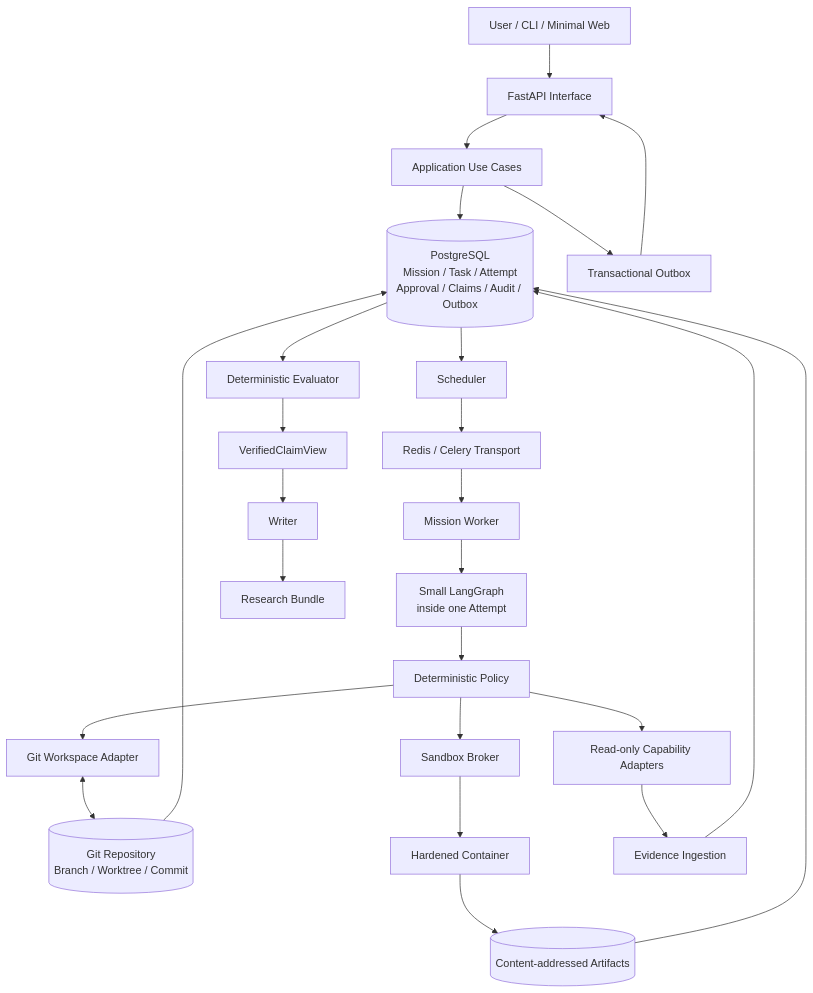
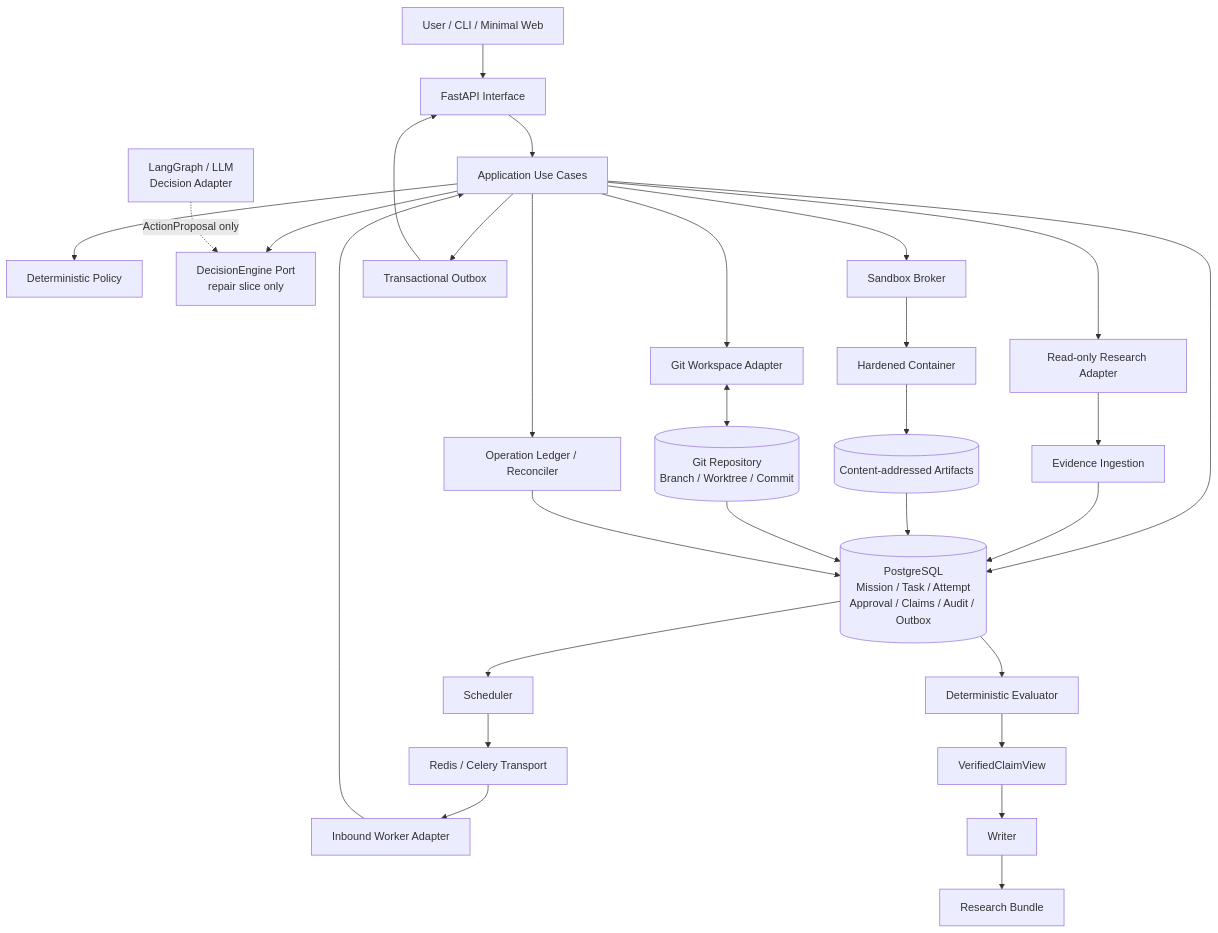
One commit to chasen2041maker/research-forge changed the diagram in docs/architecture/AGENT_CAPABILITY_PLATFORM_BLUEPRINT.md. Above: the diagram before and after it, drawn with Mermaid. The commit also changed other lines of this file and 13 other files, not shown here.

````diff
--- a/docs/architecture/AGENT_CAPABILITY_PLATFORM_BLUEPRINT.md
+++ b/docs/architecture/AGENT_CAPABILITY_PLATFORM_BLUEPRINT.md
@@ -208,35 +210,39 @@
 ```mermaid
 flowchart TB
     User["User / CLI / Minimal Web"] --> API["FastAPI Interface"]
 
     API --> App["Application Use Cases"]
     App --> DB[("PostgreSQL\nMission / Task / Attempt\nApproval / Claims / Audit / Outbox")]
 
     DB --> Scheduler["Scheduler"]
     Scheduler --> Queue["Redis / Celery Transport"]
-    Queue --> Worker["Mission Worker"]
+    Queue --> Worker["Inbound Worker Adapter"]
+    Worker --> App
 
-    Worker --> AttemptGraph["Small LangGraph\ninside one Attempt"]
-    AttemptGraph --> Policy["Deterministic Policy"]
+    App --> Policy["Deterministic Policy"]
+    App --> DecisionPort["DecisionEngine Port\nrepair slice only"]
+    Decision["LangGraph / LLM\nDecision Adapter"] -. "ActionProposal only" .-> DecisionPort
 
-    Policy --> Research["Read-only Capability Adapters"]
-    Policy --> GitWorker["Git Workspace Adapter"]
-    Policy --> Broker["Sandbox Broker"]
+    App --> Research["Read-only Research Adapter"]
+    App --> GitWorker["Git Workspace Adapter"]
+    App --> Broker["Sandbox Broker"]
 
     GitWorker <--> Git[("Git Repository\nBranch / Worktree / Commit")]
     Broker --> Sandbox["Hardened Container"]
     Sandbox --> CAS[("Content-addressed Artifacts")]
 
     Research --> Evidence["Evidence Ingestion"]
     Evidence --> DB
     CAS --> DB
     Git --> DB
 
     DB --> Evaluator["Deterministic Evaluator"]
     Evaluator --> Claims["VerifiedClaimView"]
     Claims --> Writer["Writer"]
     Writer --> Bundle["Research Bundle"]
 
+    App --> Operations["Operation Ledger / Reconciler"]
+    Operations --> DB
     App --> Outbox["Transactional Outbox"]
     Outbox --> API
 ```
````
